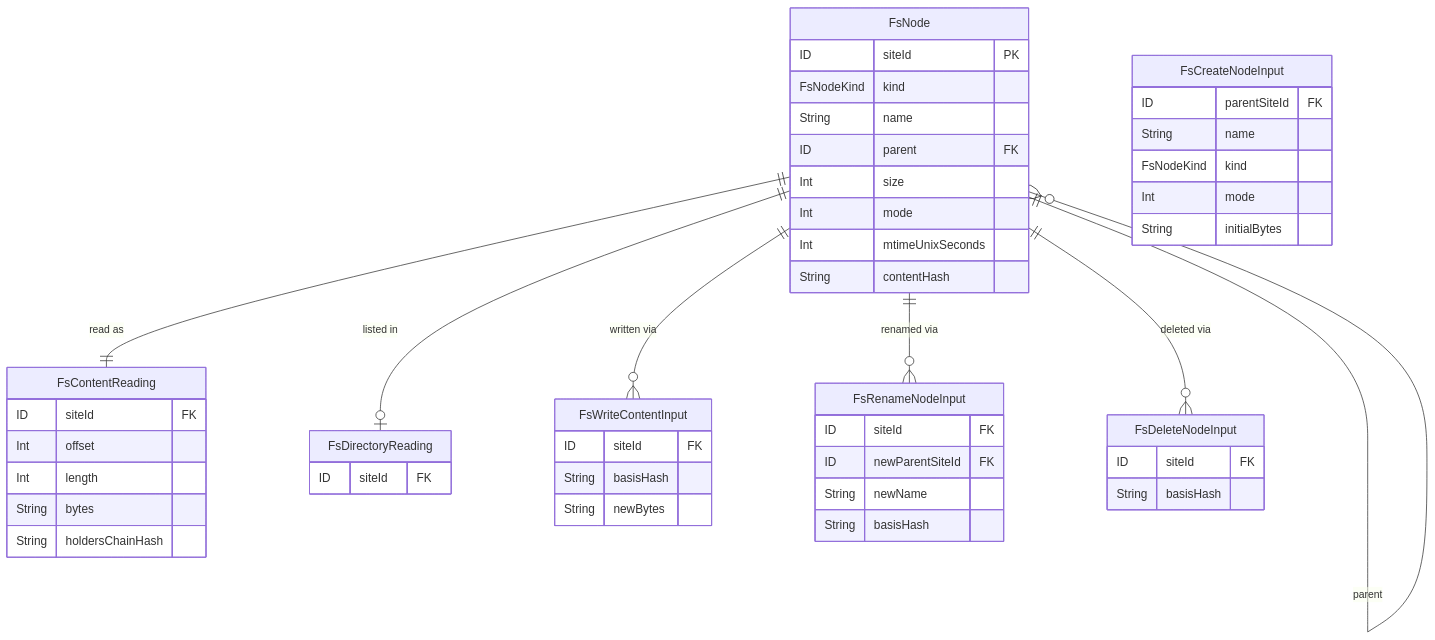
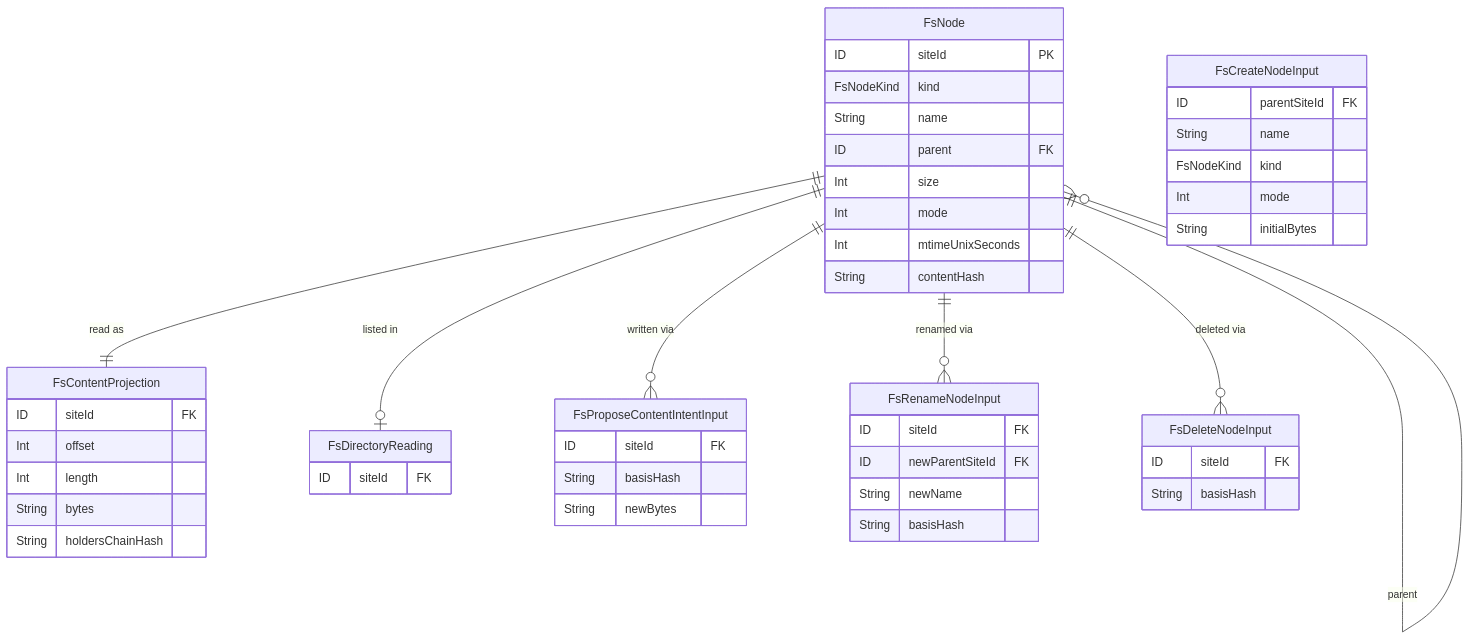
The second of 8 diagrams in docs/IMPLEMENTATION_PLAN.md (flyingrobots/warp-drive), drawn with Mermaid before and after one commit. The commit also changed other lines of this file and 1 other file, not shown here.

First line of the commit message:
docs(wave-4): align schema and diagrams with WARP intent/projection model

````diff
--- a/docs/IMPLEMENTATION_PLAN.md
+++ b/docs/IMPLEMENTATION_PLAN.md
@@ -228,51 +252,51 @@
 ```mermaid
 erDiagram
     FsNode {
         ID siteId PK
         FsNodeKind kind
         String name
         ID parent FK
         Int size
         Int mode
         Int mtimeUnixSeconds
         String contentHash
     }
-    FsContentReading {
+    FsContentProjection {
         ID siteId FK
         Int offset
         Int length
         String bytes
         String holdersChainHash
     }
     FsDirectoryReading {
         ID siteId FK
     }
-    FsWriteContentInput {
+    FsProposeContentIntentInput {
         ID siteId FK
         String basisHash
         String newBytes
     }
     FsCreateNodeInput {
         ID parentSiteId FK
         String name
         FsNodeKind kind
         Int mode
         String initialBytes
     }
     FsRenameNodeInput {
         ID siteId FK
         ID newParentSiteId FK
         String newName
         String basisHash
     }
     FsDeleteNodeInput {
         ID siteId FK
         String basisHash
     }
     FsNode ||--o{ FsNode : "parent"
-    FsNode ||--|| FsContentReading : "read as"
+    FsNode ||--|| FsContentProjection : "read as"
     FsNode ||--o| FsDirectoryReading : "listed in"
-    FsNode ||--o{ FsWriteContentInput : "written via"
+    FsNode ||--o{ FsProposeContentIntentInput : "written via"
     FsNode ||--o{ FsRenameNodeInput : "renamed via"
     FsNode ||--o{ FsDeleteNodeInput : "deleted via"
 ```
````
